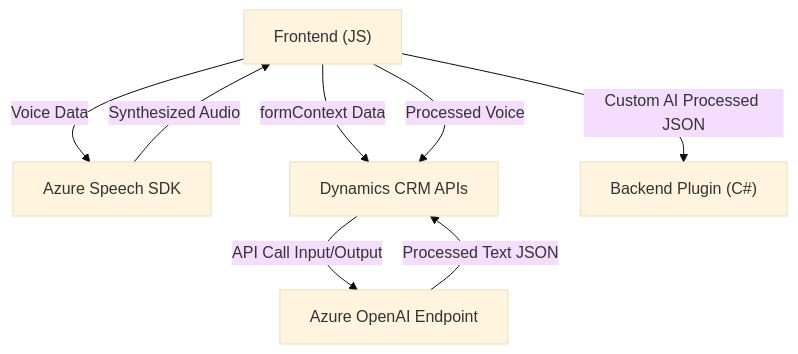
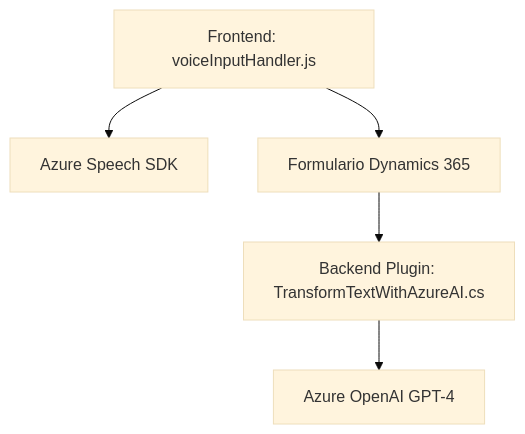
Before and after one commit to blopezdm/NETCORE_BILBAO2025: the diagram in README.md, drawn with Mermaid (base theme). The commit also changed other lines of this file, not shown here.

````diff
--- a/README.md
+++ b/README.md
@@ -29,16 +65,7 @@
 ```mermaid
 graph TD
-  A["Frontend (JS)"]
-  B["Azure Speech SDK"]
-  C["Dynamics CRM APIs"]
-  D["Azure OpenAI Endpoint"]
-  E["Backend Plugin (C#)"]
-
-  A -->|Voice Data| B
-  A -->|formContext Data| C
-  B -->|Synthesized Audio| A
-  A -->|Processed Voice| C
-  C -->|API Call Input/Output| D
-  D -->|Processed Text JSON| C
-  A -->|"Custom AI Processed JSON"| E
+A["Frontend: voiceInputHandler.js"] --> B["Azure Speech SDK"]
+A --> C["Formulario Dynamics 365"]
+C --> D["Backend Plugin: TransformTextWithAzureAI.cs"]
+D --> E["Azure OpenAI GPT-4"]
 ```
````
